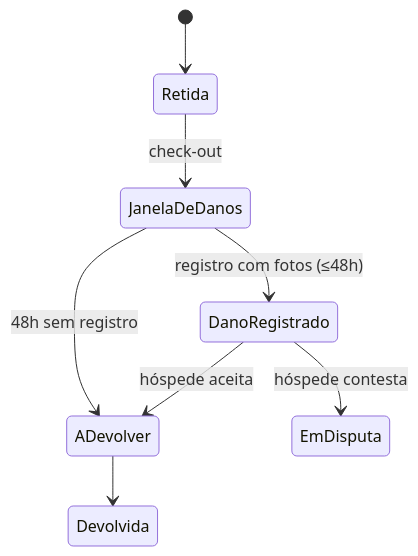
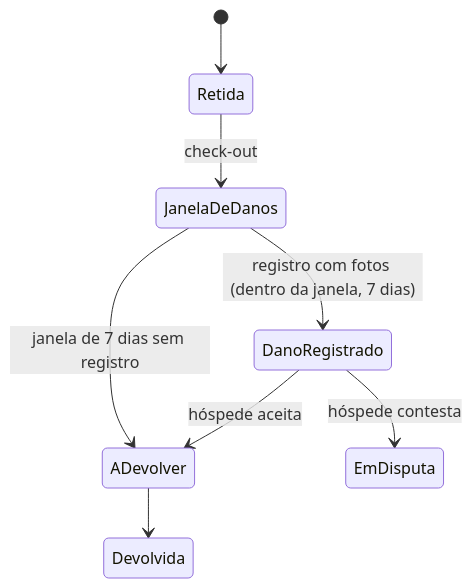
One commit to rieiro/casalivre changed the third of 5 diagrams in docs/produto/specs/spec-00-indice-contrato-comum.md. Above: the diagram before and after it, drawn with Mermaid. The commit also changed other lines of this file and 4 other files, not shown here.

````diff
--- a/docs/produto/specs/spec-00-indice-contrato-comum.md
+++ b/docs/produto/specs/spec-00-indice-contrato-comum.md
@@ -93,10 +93,10 @@
 ```mermaid
 stateDiagram-v2
   [*] --> Retida
   Retida --> JanelaDeDanos: check-out
-  JanelaDeDanos --> DanoRegistrado: registro com fotos (≤48h)
-  JanelaDeDanos --> ADevolver: 48h sem registro
+  JanelaDeDanos --> DanoRegistrado: registro com fotos (dentro da janela, 7 dias)
+  JanelaDeDanos --> ADevolver: janela de 7 dias sem registro
   DanoRegistrado --> ADevolver: hóspede aceita
   DanoRegistrado --> EmDisputa: hóspede contesta
   ADevolver --> Devolvida
 ```
````
